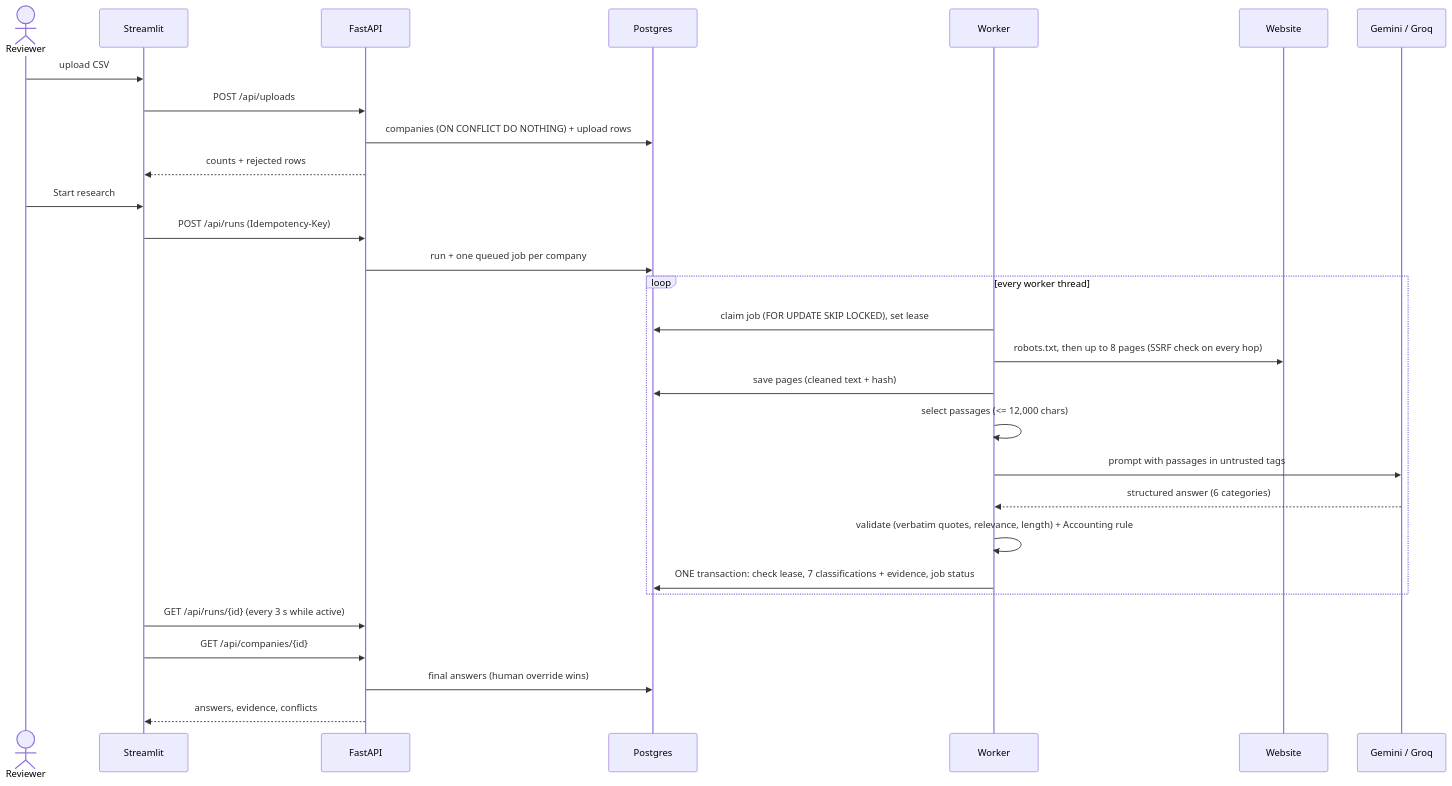
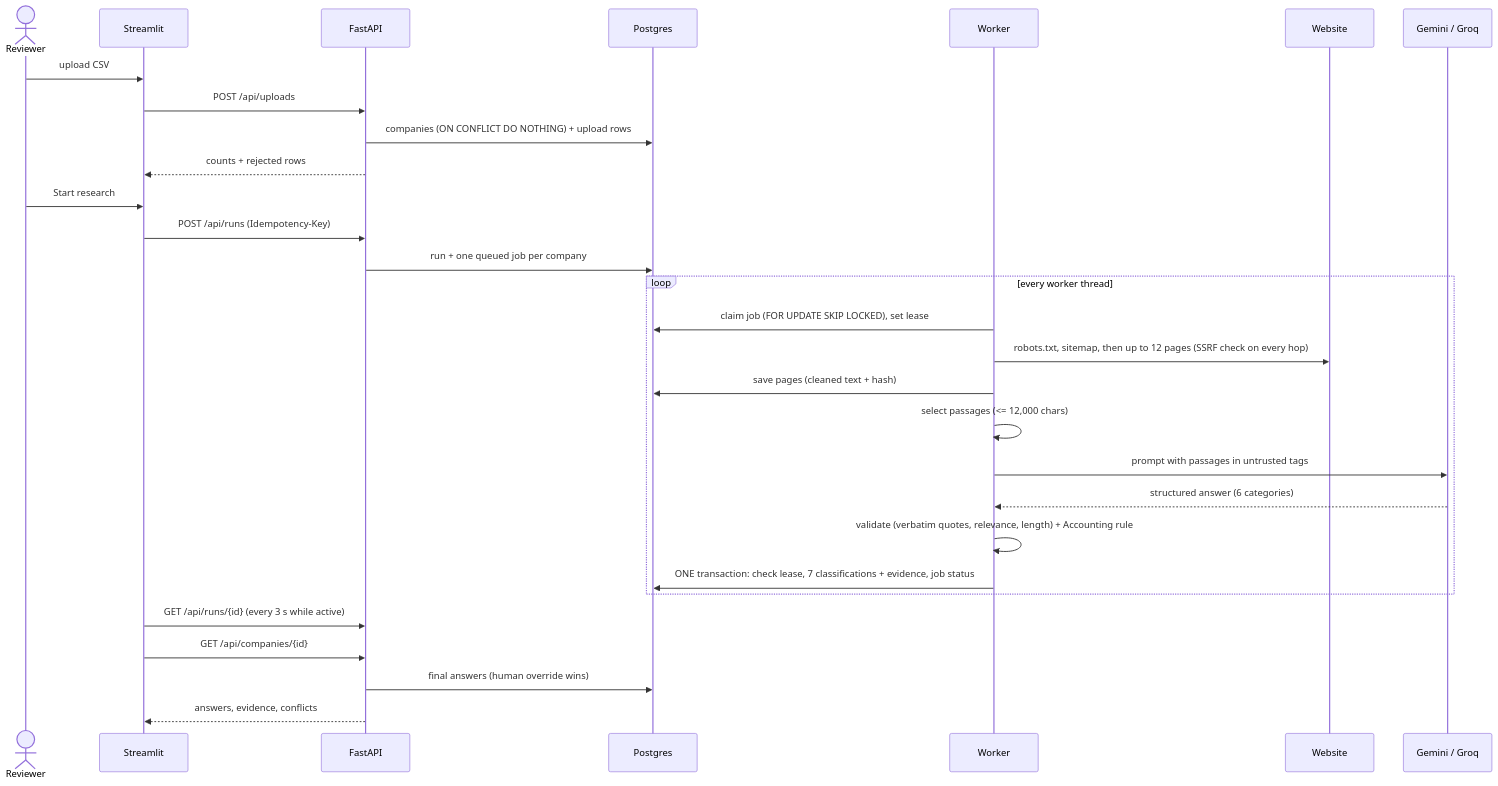
One commit to Anshu-17/FullStack_AI_Project changed the second of 6 diagrams in docs/design.md. Above: the diagram before and after it, drawn with Mermaid. The commit also changed other lines of this file and 15 other files, not shown here.

````diff
--- a/docs/design.md
+++ b/docs/design.md
@@ -30,31 +30,31 @@
 ```mermaid
 sequenceDiagram
     actor R as Reviewer
     participant UI as Streamlit
     participant API as FastAPI
     participant DB as Postgres
     participant W as Worker
     participant S as Website
     participant AI as Gemini / Groq
     R->>UI: upload CSV
     UI->>API: POST /api/uploads
     API->>DB: companies (ON CONFLICT DO NOTHING) + upload rows
     API-->>UI: counts + rejected rows
     R->>UI: Start research
     UI->>API: POST /api/runs (Idempotency-Key)
     API->>DB: run + one queued job per company
     loop every worker thread
         W->>DB: claim job (FOR UPDATE SKIP LOCKED), set lease
-        W->>S: robots.txt, then up to 8 pages (SSRF check on every hop)
+        W->>S: robots.txt, sitemap, then up to 12 pages (SSRF check on every hop)
         W->>DB: save pages (cleaned text + hash)
         W->>W: select passages (<= 12,000 chars)
         W->>AI: prompt with passages in untrusted tags
         AI-->>W: structured answer (6 categories)
         W->>W: validate (verbatim quotes, relevance, length) + Accounting rule
         W->>DB: ONE transaction: check lease, 7 classifications + evidence, job status
     end
     UI->>API: GET /api/runs/{id} (every 3 s while active)
     UI->>API: GET /api/companies/{id}
     API->>DB: final answers (human override wins)
     API-->>UI: answers, evidence, conflicts
 ```
````
